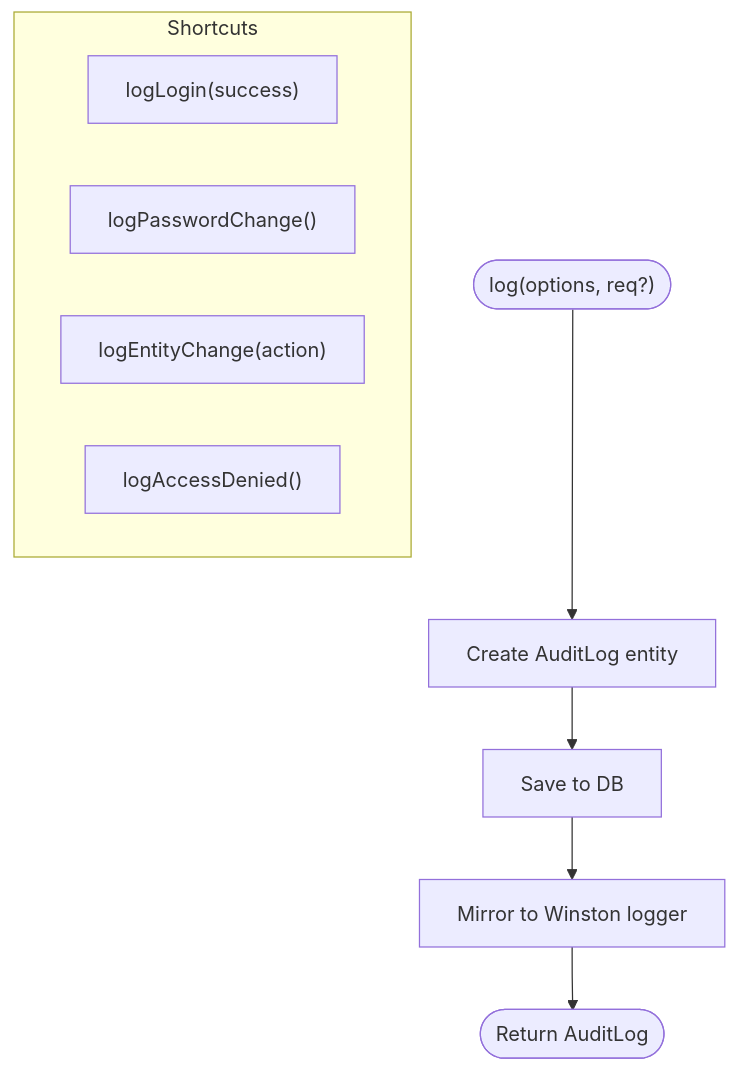
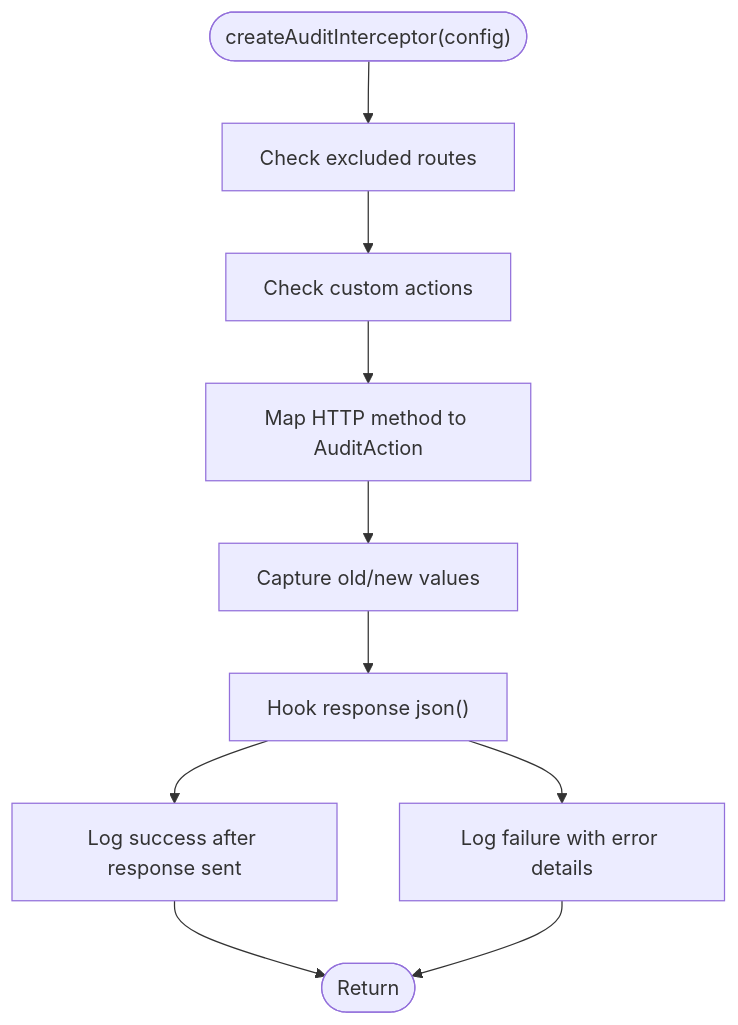
Before and after one commit to franckylab/eLISAschool: the fourth of 11 diagrams in .qoder/repowiki/en/content/Authentication & Authorization/Audit Logging & Monitoring.md, drawn with Mermaid. The commit also changed other lines of this file and 67 other files, not shown here.

````diff
--- a/.qoder/repowiki/en/content/Authentication & Authorization/Audit Logging & Monitoring.md
+++ b/.qoder/repowiki/en/content/Authentication & Authorization/Audit Logging & Monitoring.md
@@ -259,13 +402,12 @@
 ```mermaid
 flowchart TD
-Start(["log(options, req?)"]) --> Create["Create AuditLog entity"]
-Create --> Save["Save to DB"]
-Save --> Mirror["Mirror to Winston logger"]
-Mirror --> End(["Return AuditLog"])
-subgraph "Shortcuts"
-L["logLogin(success)"]
-PC["logPasswordChange()"]
-EC["logEntityChange(action)"]
-AD["logAccessDenied()"]
-end
+Start(["createAuditInterceptor(config)"]) --> CheckRoute["Check excluded routes"]
+CheckRoute --> CheckCustom["Check custom actions"]
+CheckCustom --> MapAction["Map HTTP method to AuditAction"]
+MapAction --> CaptureData["Capture old/new values"]
+CaptureData --> HookResponse["Hook response json()"]
+HookResponse --> LogSuccess["Log success after response sent"]
+HookResponse --> LogFailure["Log failure with error details"]
+LogSuccess --> End(["Return"])
+LogFailure --> End
 ```
````
